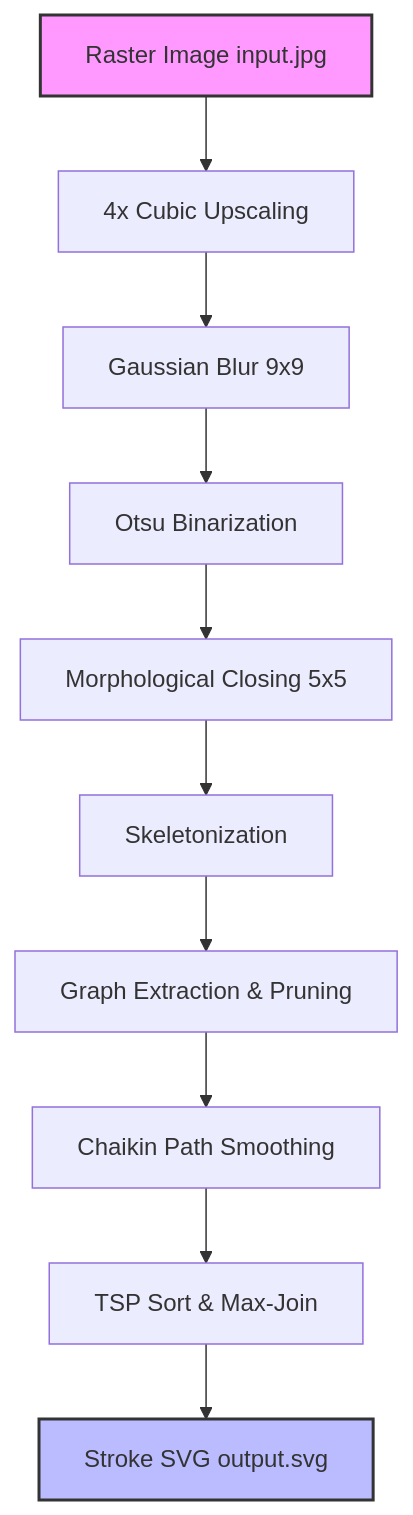
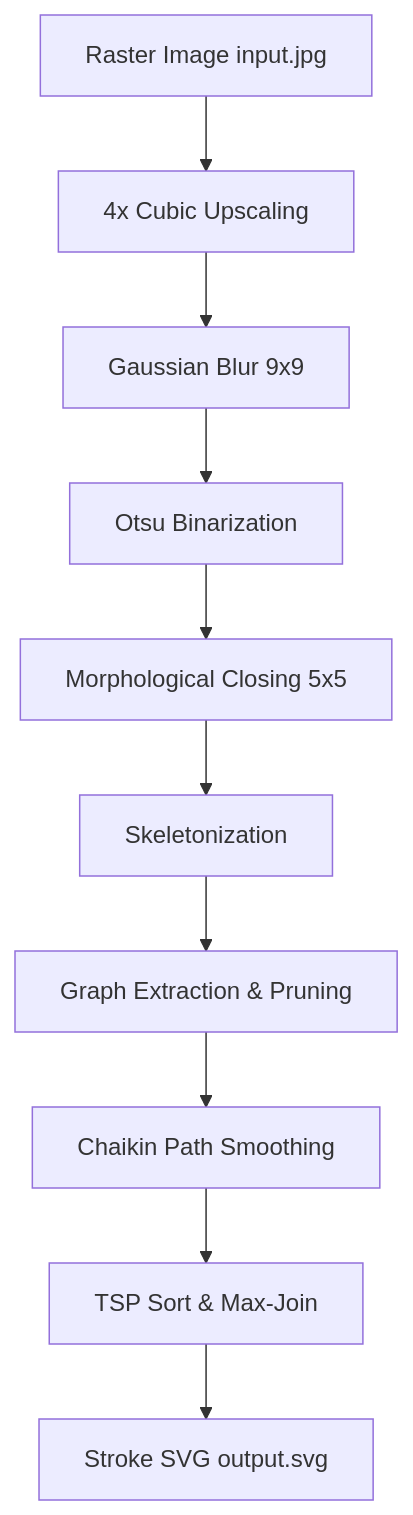
The diagram in README.md (anonymouschichvy/KDRAW), drawn with Mermaid before and after one commit. The commit also changed other lines of this file, not shown here.

````diff
--- a/README.md
+++ b/README.md
@@ -56,15 +56,12 @@
 ```mermaid
 graph TD
     A[Raster Image input.jpg] --> B[4x Cubic Upscaling]
     B --> C[Gaussian Blur 9x9]
     C --> D[Otsu Binarization]
     D --> E[Morphological Closing 5x5]
     E --> F[Skeletonization]
     F --> G[Graph Extraction & Pruning]
     G --> H[Chaikin Path Smoothing]
     H --> I[TSP Sort & Max-Join]
     I --> J[Stroke SVG output.svg]
-    
-    style A fill:#f9f,stroke:#333,stroke-width:2px
-    style J fill:#bbf,stroke:#333,stroke-width:2px
 ```
````
